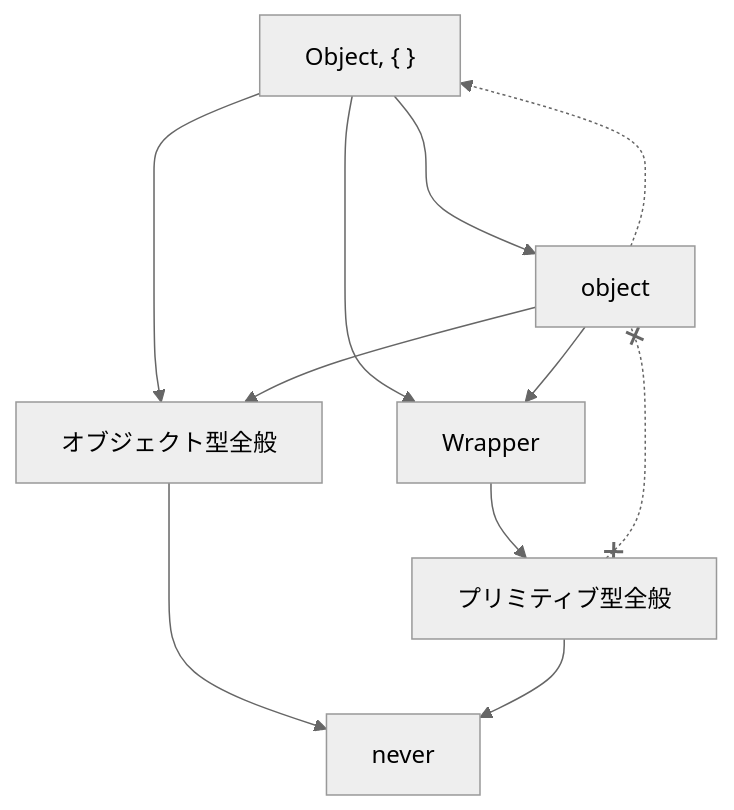
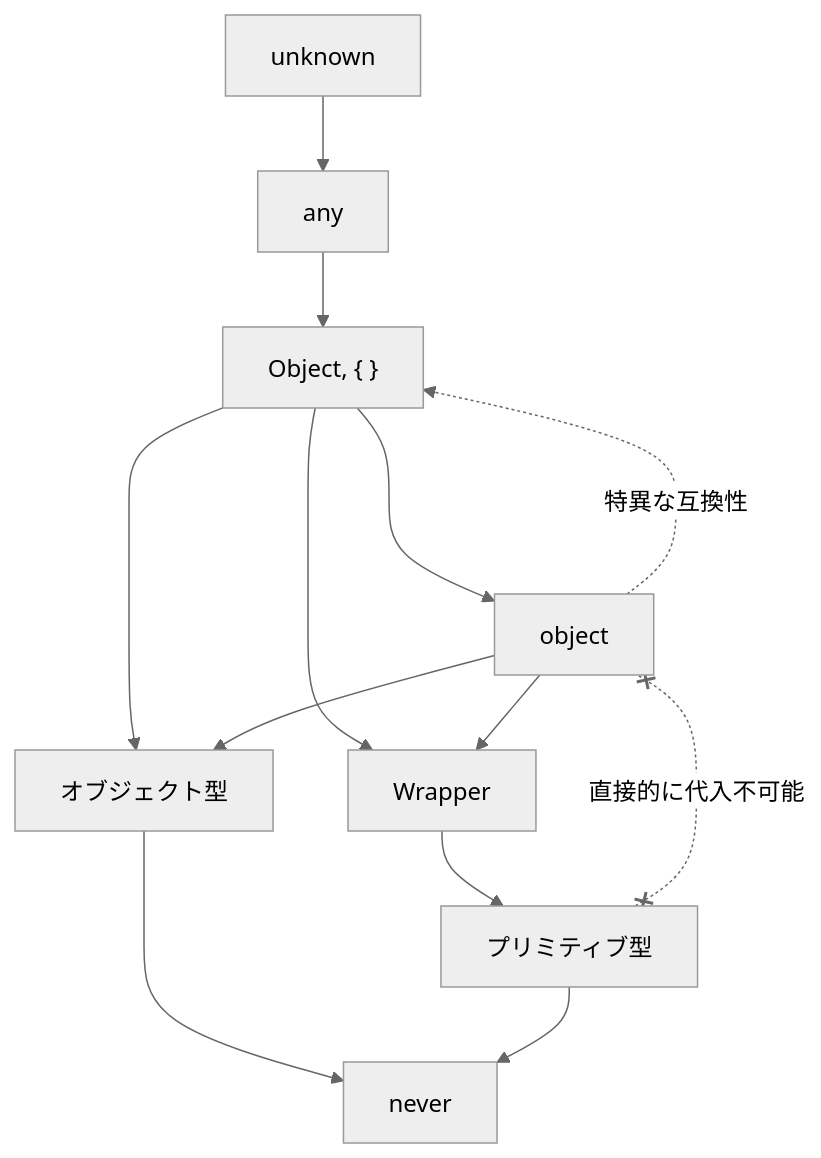
The seventh of 8 diagrams in articles/typescript-type-set-hierarchy.md (yo-goto/zenn-public-repo), drawn with Mermaid (neutral theme) before and after one commit. The commit also changed other lines of this file, not shown here.

````diff
--- a/articles/typescript-type-set-hierarchy.md
+++ b/articles/typescript-type-set-hierarchy.md
@@ -858,16 +856,19 @@
 ```mermaid
 graph TD
+  U[unknown]
+  A[any]
   N[never]
   O["Object, { }"]
   obj[object]
   W[Wrapper]
-  P[プリミティブ型全般]
-  objs[オブジェクト型全般]
+  P[プリミティブ型]
+  objs[オブジェクト型]
+  U --> A --> O
   O --> obj & objs
   O ----> W
   obj --> W
   obj --> objs --> N
-  obj -.-> O
+  obj -.->|特異な互換性| O
   W --> P --> N
-  P x-.-x obj
+  P x-.-x |直接的に代入不可能|obj
 ```
````
